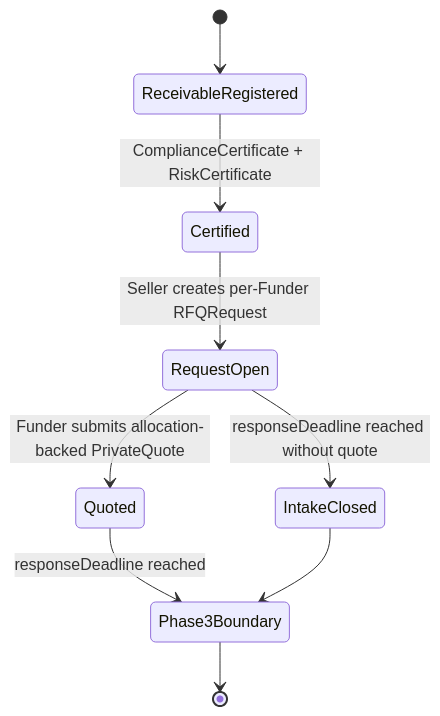
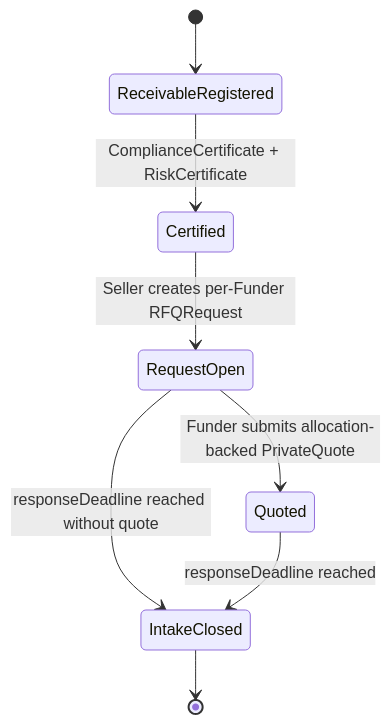
One commit to no-witness-labs/canton-hackathon-cloakRFQ changed the eighth of 8 diagrams in docs/technical-design/004-workflow-diagrams.md. Above: the diagram before and after it, drawn with Mermaid. The commit also changed other lines of this file, not shown here.

Commit message:
docs: clarify phase 2 workflow diagrams

````diff
--- a/docs/technical-design/004-workflow-diagrams.md
+++ b/docs/technical-design/004-workflow-diagrams.md
@@ -170,11 +172,10 @@
 ```mermaid
 stateDiagram-v2
     [*] --> ReceivableRegistered
     ReceivableRegistered --> Certified: ComplianceCertificate + RiskCertificate
     Certified --> RequestOpen: Seller creates per-Funder RFQRequest
     RequestOpen --> Quoted: Funder submits allocation-backed PrivateQuote
     RequestOpen --> IntakeClosed: responseDeadline reached without quote
-    Quoted --> Phase3Boundary: responseDeadline reached
-    IntakeClosed --> Phase3Boundary
-    Phase3Boundary --> [*]
+    Quoted --> IntakeClosed: responseDeadline reached
+    IntakeClosed --> [*]
 ```
````
